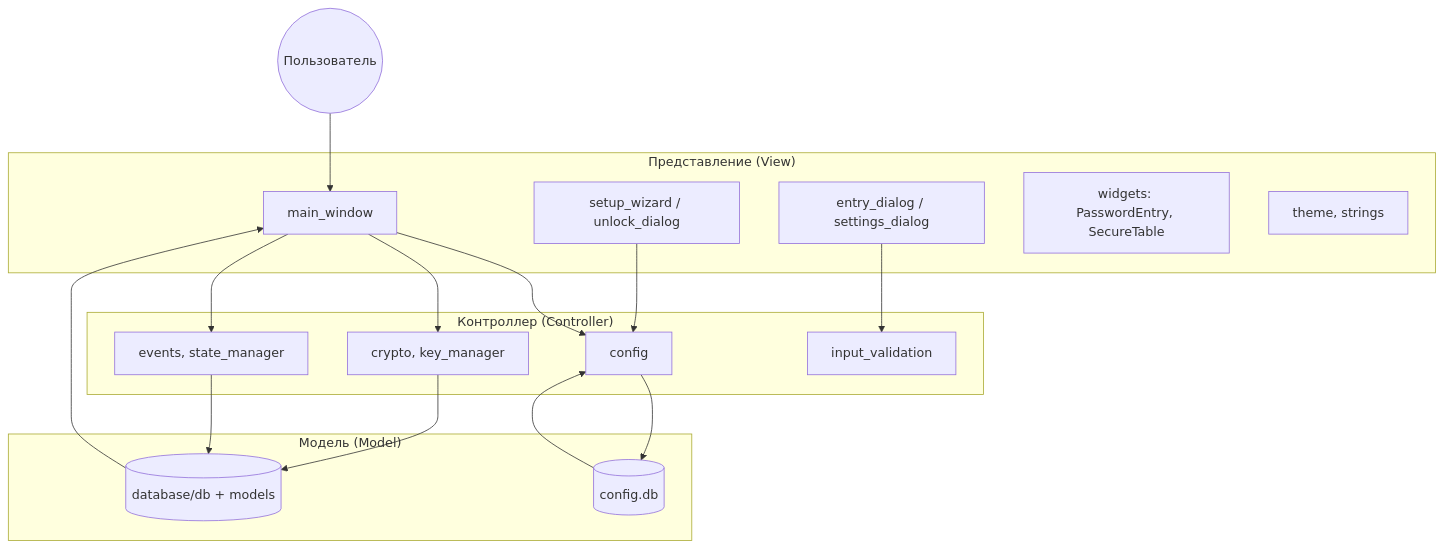
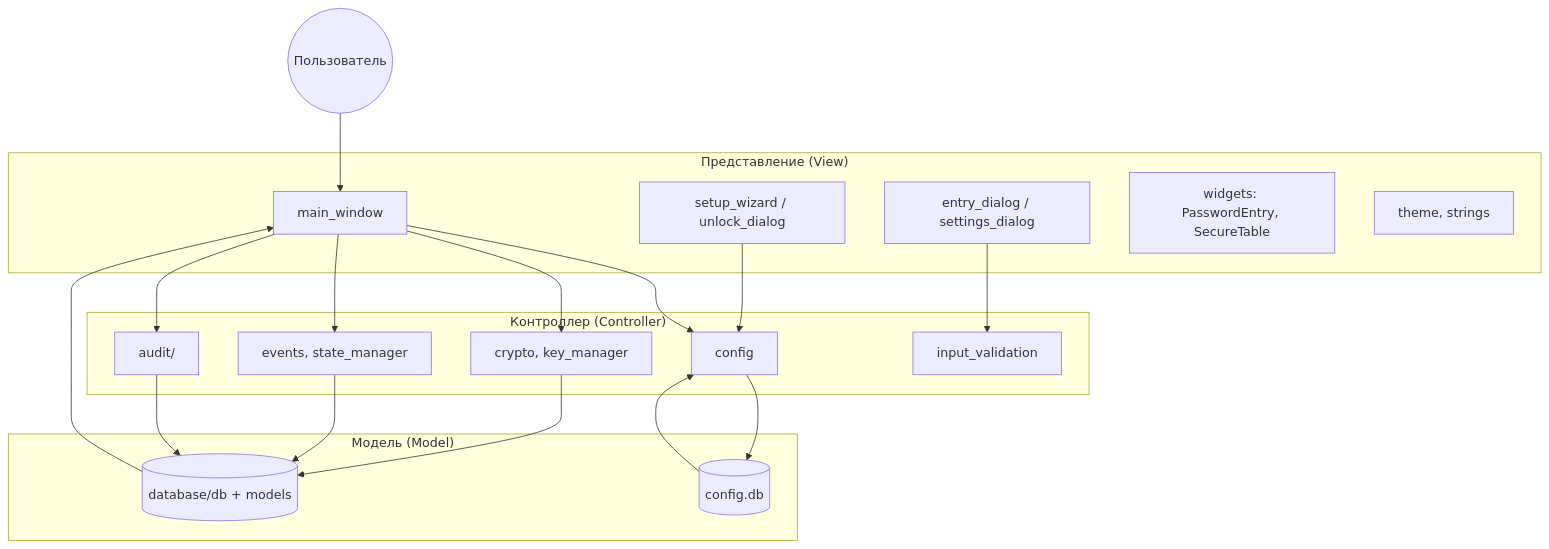
One commit to lonelywarsaw/cryptosafe-manager changed the first of 2 diagrams in README.md. Above: the diagram before and after it, drawn with Mermaid. The commit also changed other lines of this file, not shown here.

````diff
--- a/README.md
+++ b/README.md
@@ -38,31 +38,34 @@
 ```mermaid
 flowchart TB
     subgraph View["Представление (View)"]
         A[main_window]
         B[setup_wizard / unlock_dialog]
         C[entry_dialog / settings_dialog]
         D[widgets: PasswordEntry, SecureTable]
         E[theme, strings]
     end
     subgraph Controller["Контроллер (Controller)"]
         F[config]
         G[crypto, key_manager]
         H[events, state_manager]
         I[input_validation]
+        A5[audit/]
     end
     subgraph Model["Модель (Model)"]
         J[(database/db + models)]
         K[(config.db)]
     end
     User((Пользователь)) --> A
     A --> F
     A --> G
     A --> H
+    A --> A5
     B --> F
     C --> I
     F --> K
     G --> J
     H --> J
+    A5 --> J
     J --> A
     K --> F
 ```
````
